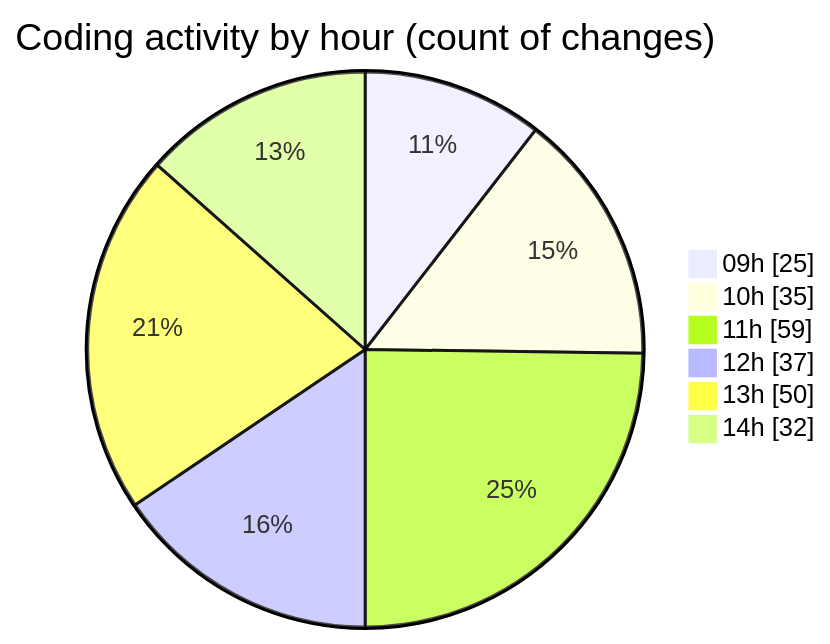
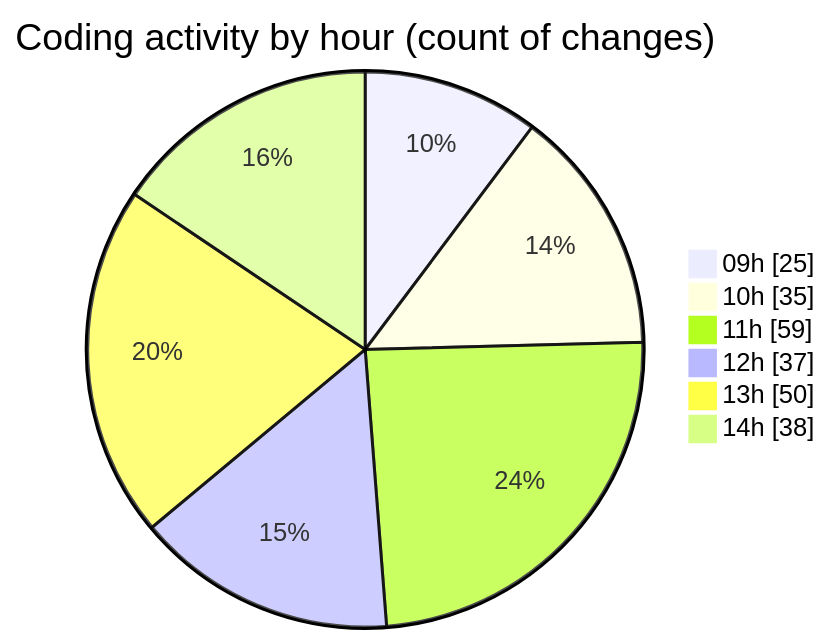
The second of 2 diagrams in 2025-08-22/cda/README.md (momahboobian/code-tracking), drawn with Mermaid before and after one commit. The commit also changed other lines of this file and 1 other file, not shown here.

````diff
--- a/2025-08-22/cda/README.md
+++ b/2025-08-22/cda/README.md
@@ -52,10 +52,10 @@
 ```mermaid
 pie showData
 title Coding activity by hour (count of changes)
 "09h" : 25
 "10h" : 35
 "11h" : 59
 "12h" : 37
 "13h" : 50
-"14h" : 32
+"14h" : 38
 ```
````
